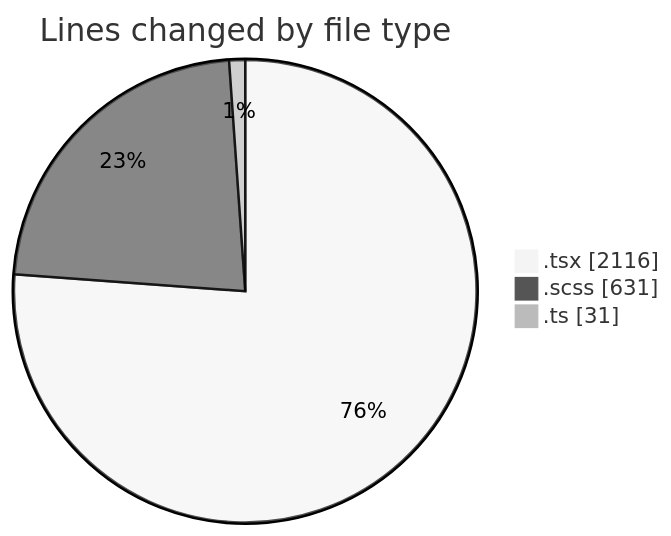
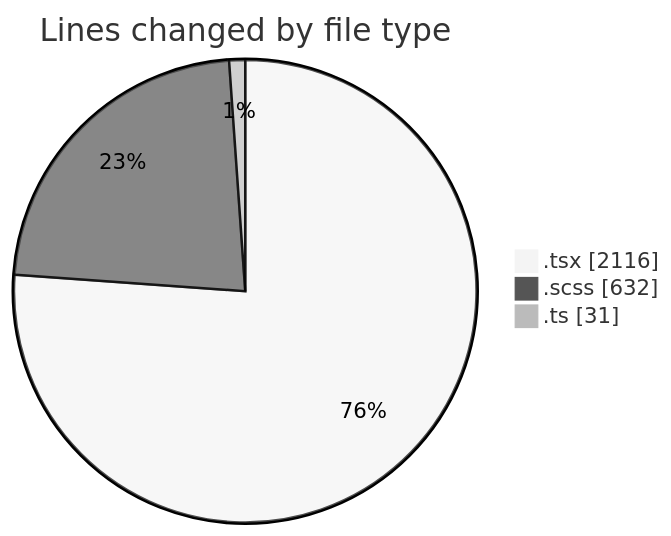
The first of 2 diagrams in 2025-04-07/cda/README.md (momahboobian/code-tracking), drawn with Mermaid (neutral theme) before and after one commit. The commit also changed other lines of this file and 1 other file, not shown here.

````diff
--- a/2025-04-07/cda/README.md
+++ b/2025-04-07/cda/README.md
@@ -30,7 +30,7 @@
 ```mermaid
 pie showData
 title Lines changed by file type
 ".tsx" : 2116
-".scss" : 631
+".scss" : 632
 ".ts" : 31
 ```
````
